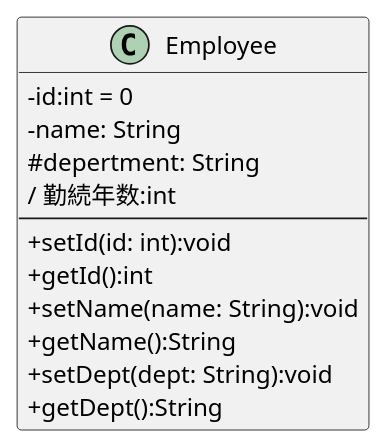
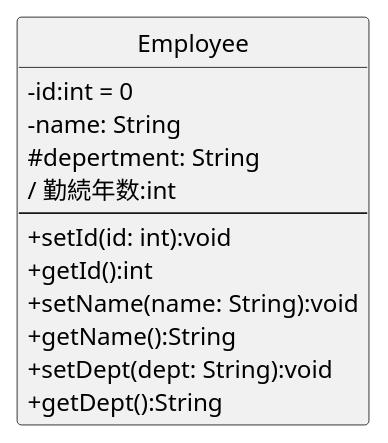
One commit to kuboi0627/unl-introduction changed the diagram in 図3-1_クラスの種類.pu. Above: the diagram before and after it, drawn with PlantUML. The commit also changed 1 other file, not shown here.

Commit message:
図３－２

```diff
--- a/図3-1_クラスの種類.pu
+++ b/図3-1_クラスの種類.pu
@@ -1,33 +1,34 @@
 @startuml
 skinparam classAttributeIconSize 0
 ' class A <<stereotype>>{}
 ' class B {
 '     - 属性1:int
 '     - 属性2:String
 ' }
 ' class C {
 '     ---
 '     + 操作1():void
 '     + 操作2():String
 ' }
 ' class D {
 '     - 属性1:int
 '     - 属性2:String
 '     ---
 '     + 操作1():void
 '     + 操作2():String
 ' }
 class Employee{
     - id:int = 0
     - name: String
     # depertment: String
     / 勤続年数:int
     ---
     + setId(id: int):void
     + getId():int
     + setName(name: String):void
     + getName():String
     + setDept(dept: String):void
     + getDept():String
 }
+hide Employee circle
 @enduml
```
